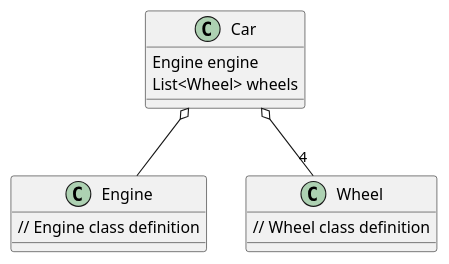
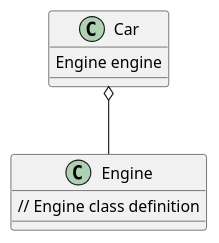
The diagram in src/main/java/com/uml/a3aggregation/Aggregation.puml (nitinkc/Design-Patterns-learning), drawn with PlantUML before and after one commit. The commit also changed 23 other files, not shown here.

```diff
--- a/src/main/java/com/uml/a3aggregation/Aggregation.puml
+++ b/src/main/java/com/uml/a3aggregation/Aggregation.puml
@@ -1,17 +1,11 @@
 @startuml
 class Car {
     Engine engine
-    List<Wheel> wheels
 }
 
 class Engine {
     // Engine class definition
 }
 
-class Wheel {
-    // Wheel class definition
-}
-
 Car o-- Engine
-Car o-- "4" Wheel
 @enduml
```
